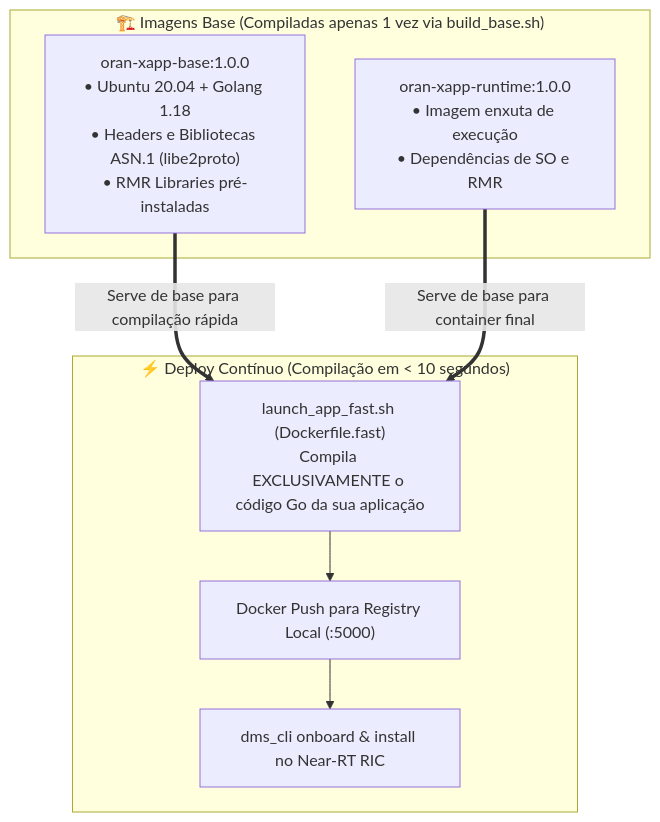
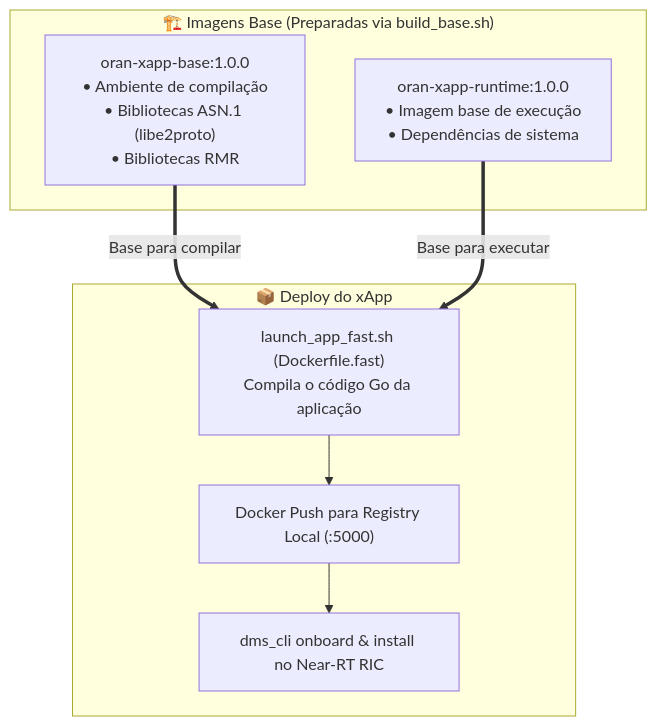
Before and after one commit to lucasismael/ns3-oran-bootcamp: the fourth of 4 diagrams in labs/lab06-closed-loop-ran-control.md, drawn with Mermaid. The commit also changed other lines of this file and 5 other files, not shown here.

````diff
--- a/labs/lab06-closed-loop-ran-control.md
+++ b/labs/lab06-closed-loop-ran-control.md
@@ -353,18 +353,18 @@
 ```mermaid
 flowchart TD
-    subgraph BASE["🏗️ Imagens Base (Compiladas apenas 1 vez via build_base.sh)"]
-        BUILDER["oran-xapp-base:1.0.0<br/>• Ubuntu 20.04 + Golang 1.18<br/>• Headers e Bibliotecas ASN.1 (libe2proto)<br/>• RMR Libraries pré-instaladas"]
-        RUNTIME["oran-xapp-runtime:1.0.0<br/>• Imagem enxuta de execução<br/>• Dependências de SO e RMR"]
+    subgraph BASE["🏗️ Imagens Base (Preparadas via build_base.sh)"]
+        BUILDER["oran-xapp-base:1.0.0<br/>• Ambiente de compilação<br/>• Bibliotecas ASN.1 (libe2proto)<br/>• Bibliotecas RMR"]
+        RUNTIME["oran-xapp-runtime:1.0.0<br/>• Imagem base de execução<br/>• Dependências de sistema"]
     end
 
-    subgraph FAST["⚡ Deploy Contínuo (Compilação em < 10 segundos)"]
-        FAST_BUILD["launch_app_fast.sh (Dockerfile.fast)<br/>Compila EXCLUSIVAMENTE o código Go da sua aplicação"]
+    subgraph FAST["📦 Deploy do xApp"]
+        FAST_BUILD["launch_app_fast.sh (Dockerfile.fast)<br/>Compila o código Go da aplicação"]
         PUSH["Docker Push para Registry Local (:5000)"]
         ONBOARD["dms_cli onboard & install no Near-RT RIC"]
         
         FAST_BUILD --> PUSH --> ONBOARD
     end
 
-    BUILDER ==>|"Serve de base para compilação rápida"| FAST_BUILD
-    RUNTIME ==>|"Serve de base para container final"| FAST_BUILD
+    BUILDER ==>|"Base para compilar"| FAST_BUILD
+    RUNTIME ==>|"Base para executar"| FAST_BUILD
 ```
````
